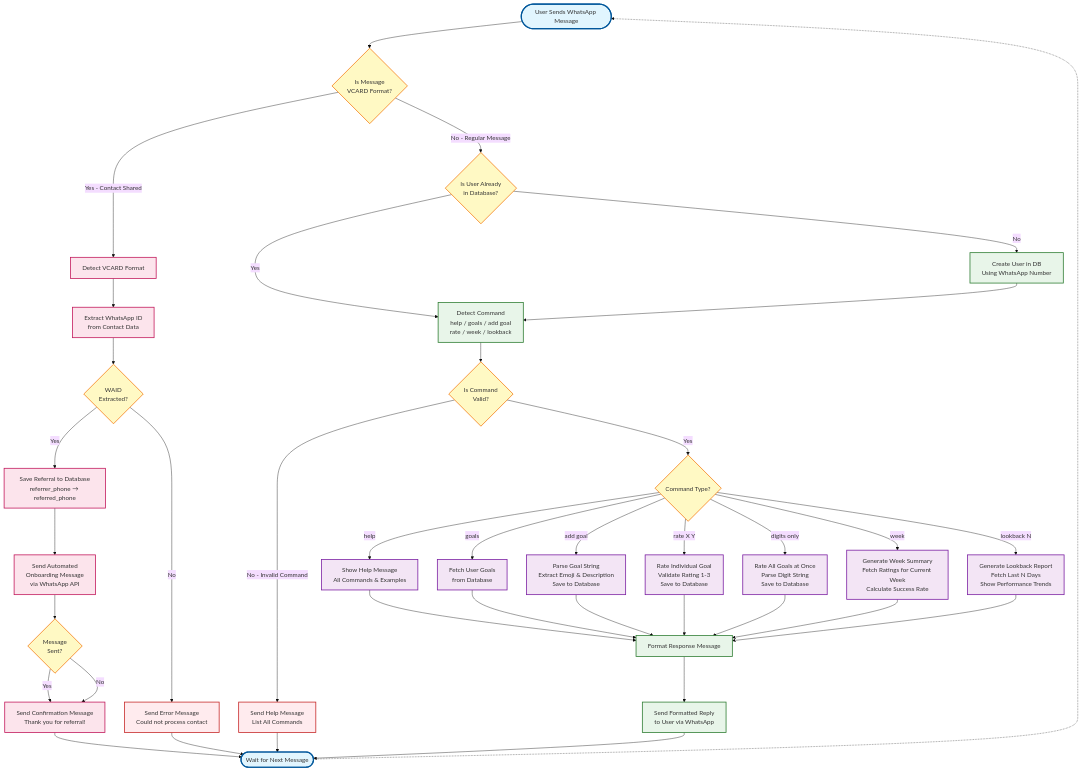
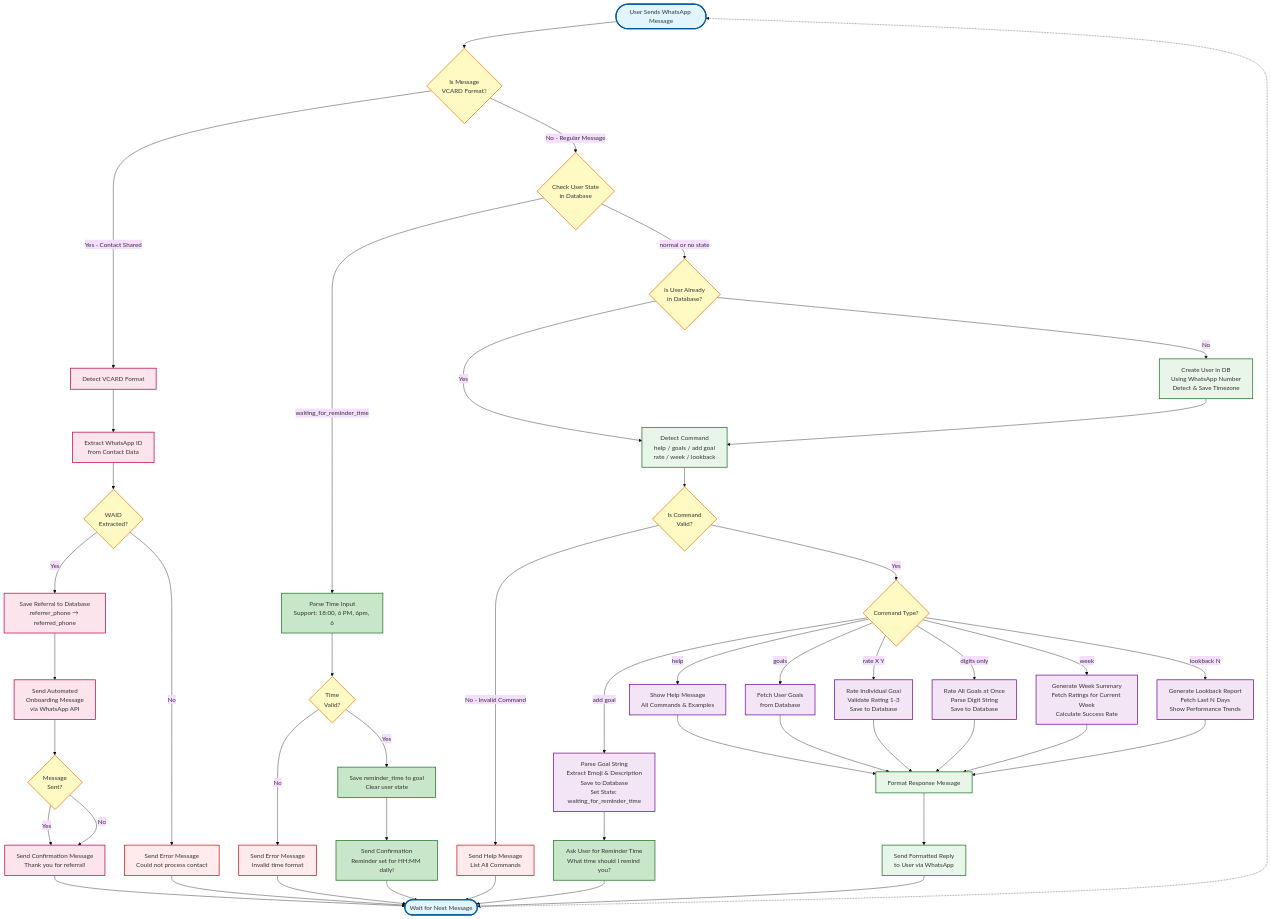
Before and after one commit to jmoraispk/loglife: the diagram in diagrams/mermaid/user_flow.md, drawn with Mermaid (base theme). The commit also changed other lines of this file and 9 other files, not shown here.

````diff
--- a/diagrams/mermaid/user_flow.md
+++ b/diagrams/mermaid/user_flow.md
@@ -35,7 +51,7 @@
     %% Message Type Detection
     Start --> CheckMessageType{Is Message<br/>VCARD Format?}
     
-    %% VCARD/Contact Sharing Flow (NEW)
+    %% VCARD/Contact Sharing Flow
     CheckMessageType -->|Yes - Contact Shared| DetectVCard[Detect VCARD Format]
     DetectVCard --> ExtractWAID[Extract WhatsApp ID<br/>from Contact Data]
     ExtractWAID --> CheckWAID{WAID<br/>Extracted?}
@@ -48,9 +64,21 @@
     ConfirmReferral --> WaitNext
     ErrorMsg --> WaitNext
     
-    %% Regular Message Flow
-    CheckMessageType -->|No - Regular Message| CheckUser{Is User Already<br/>in Database?}
-    CheckUser -->|No| CreateUser[Create User in DB<br/>Using WhatsApp Number]
+    %% Regular Message Flow with State Check (NEW)
+    CheckMessageType -->|No - Regular Message| CheckState{Check User State<br/>in Database}
+    
+    %% Reminder Time Input Flow (NEW)
+    CheckState -->|waiting_for_reminder_time| ParseTime[Parse Time Input<br/>Support: 18:00, 6 PM, 6pm, 6]
+    ParseTime --> ValidateTime{Time<br/>Valid?}
+    ValidateTime -->|Yes| SaveReminderTime[Save reminder_time to goal<br/>Clear user state]
+    ValidateTime -->|No| InvalidTimeMsg[Send Error Message<br/>Invalid time format]
+    InvalidTimeMsg --> WaitNext
+    SaveReminderTime --> ConfirmReminder[Send Confirmation<br/>Reminder set for HH:MM daily!]
+    ConfirmReminder --> WaitNext
+    
+    %% Normal Flow
+    CheckState -->|normal or no state| CheckUser{Is User Already<br/>in Database?}
+    CheckUser -->|No| CreateUser[Create User in DB<br/>Using WhatsApp Number<br/>Detect & Save Timezone]
     CheckUser -->|Yes| DetectCommand
     CreateUser --> DetectCommand[Detect Command<br/>help / goals / add goal<br/>rate / week / lookback]
     
@@ -63,7 +91,7 @@
     %% Command Routing
     RouteCommand -->|help| ShowHelp[Show Help Message<br/>All Commands & Examples]
     RouteCommand -->|goals| GetGoals[Fetch User Goals<br/>from Database]
-    RouteCommand -->|add goal| AddGoal[Parse Goal String<br/>Extract Emoji & Description<br/>Save to Database]
+    RouteCommand -->|add goal| AddGoal[Parse Goal String<br/>Extract Emoji & Description<br/>Save to Database<br/>Set State: waiting_for_reminder_time]
     RouteCommand -->|rate X Y| RateGoal[Rate Individual Goal<br/>Validate Rating 1-3<br/>Save to Database]
     RouteCommand -->|digits only| BulkRate[Rate All Goals at Once<br/>Parse Digit String<br/>Save to Database]
     RouteCommand -->|week| WeekSummary[Generate Week Summary<br/>Fetch Ratings for Current Week<br/>Calculate Success Rate]
@@ -72,7 +100,8 @@
     %% Execute Commands
     ShowHelp --> FormatResponse[Format Response Message]
     GetGoals --> FormatResponse
-    AddGoal --> FormatResponse
+    AddGoal --> AskReminderTime[Ask User for Reminder Time<br/>What time should I remind you?]
+    AskReminderTime --> WaitNext
     RateGoal --> FormatResponse
     BulkRate --> FormatResponse
     WeekSummary --> FormatResponse
@@ -90,11 +119,13 @@
     classDef referral fill:#fce4ec,stroke:#c2185b,stroke-width:2px
     classDef command fill:#f3e5f5,stroke:#7b1fa2,stroke-width:2px
     classDef error fill:#ffebee,stroke:#c62828,stroke-width:2px
+    classDef reminder fill:#c8e6c9,stroke:#2e7d32,stroke-width:2px
     
     class Start,WaitNext startEnd
-    class CheckMessageType,CheckUser,ValidateCommand,RouteCommand,CheckWAID,CheckSendSuccess decision
+    class CheckMessageType,CheckUser,ValidateCommand,RouteCommand,CheckWAID,CheckSendSuccess,CheckState,ValidateTime decision
     class CreateUser,DetectCommand,FormatResponse,SendResponse process
     class DetectVCard,ExtractWAID,SaveReferral,SendOnboarding,ConfirmReferral referral
     class ShowHelp,GetGoals,AddGoal,RateGoal,BulkRate,WeekSummary,LookbackSummary command
-    class SendHelp,ErrorMsg error
+    class SendHelp,ErrorMsg,InvalidTimeMsg error
+    class ParseTime,SaveReminderTime,ConfirmReminder,AskReminderTime reminder
 ```
````
